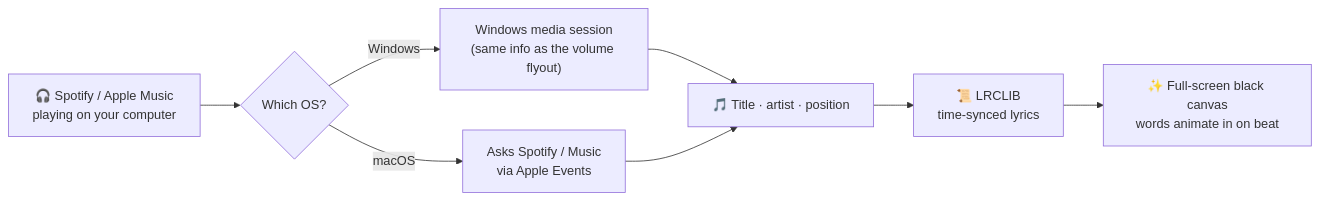
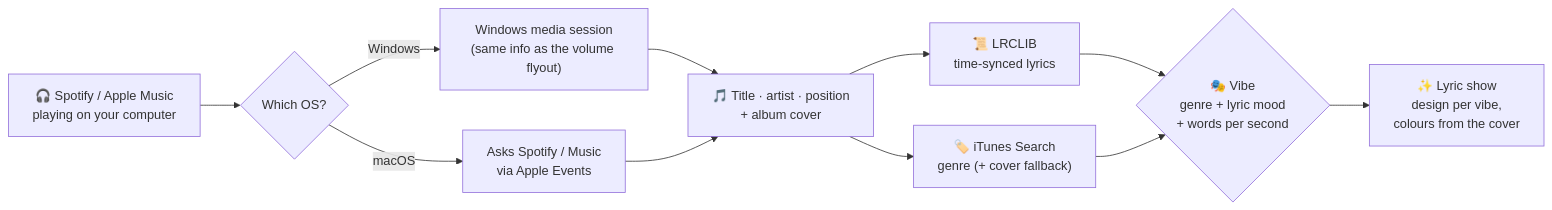
The diagram in README.md (janakrathi/IdleVerse), drawn with Mermaid before and after one commit. The commit also changed other lines of this file and 25 other files, not shown here.

First line of the commit message:
IdleVerse 1.1: vibe-matched designs, album-art colours, playback controls

````diff
--- a/README.md
+++ b/README.md
@@ -174,10 +209,13 @@
 ```mermaid
 flowchart LR
     A["🎧 Spotify / Apple Music<br/>playing on your computer"] --> B{"Which OS?"}
     B -- Windows --> C["Windows media session<br/>(same info as the volume flyout)"]
     B -- macOS --> D["Asks Spotify / Music<br/>via Apple Events"]
-    C --> E["🎵 Title · artist · position"]
+    C --> E["🎵 Title · artist · position<br/>+ album cover"]
     D --> E
     E --> F["📜 LRCLIB<br/>time-synced lyrics"]
-    F --> G["✨ Full-screen black canvas<br/>words animate in on beat"]
+    E --> H["🏷️ iTunes Search<br/>genre (+ cover fallback)"]
+    F --> V{"🎭 Vibe<br/>genre + lyric mood<br/>+ words per second"}
+    H --> V
+    V --> G["✨ Lyric show<br/>design per vibe,<br/>colours from the cover"]
 ```
````
